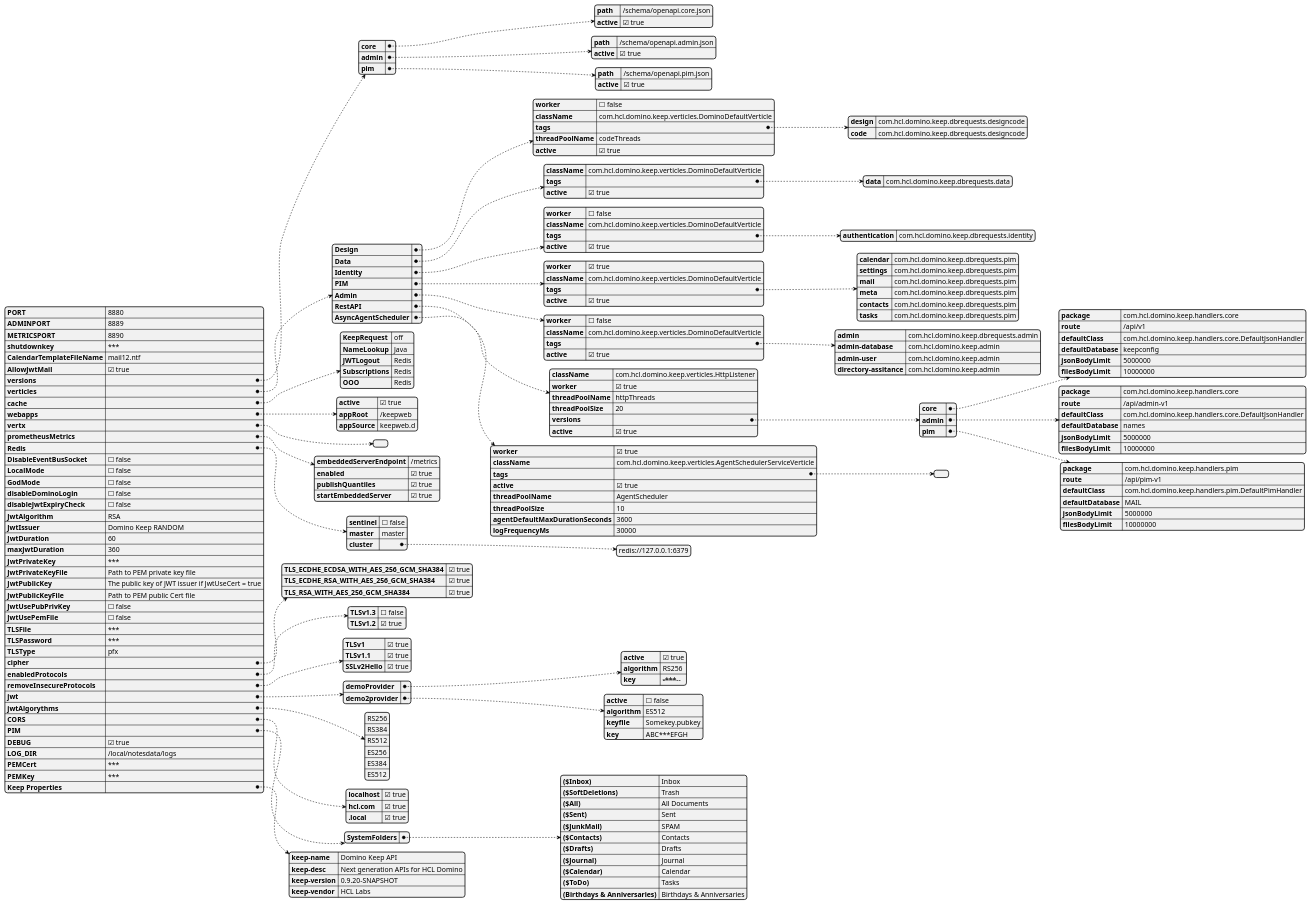
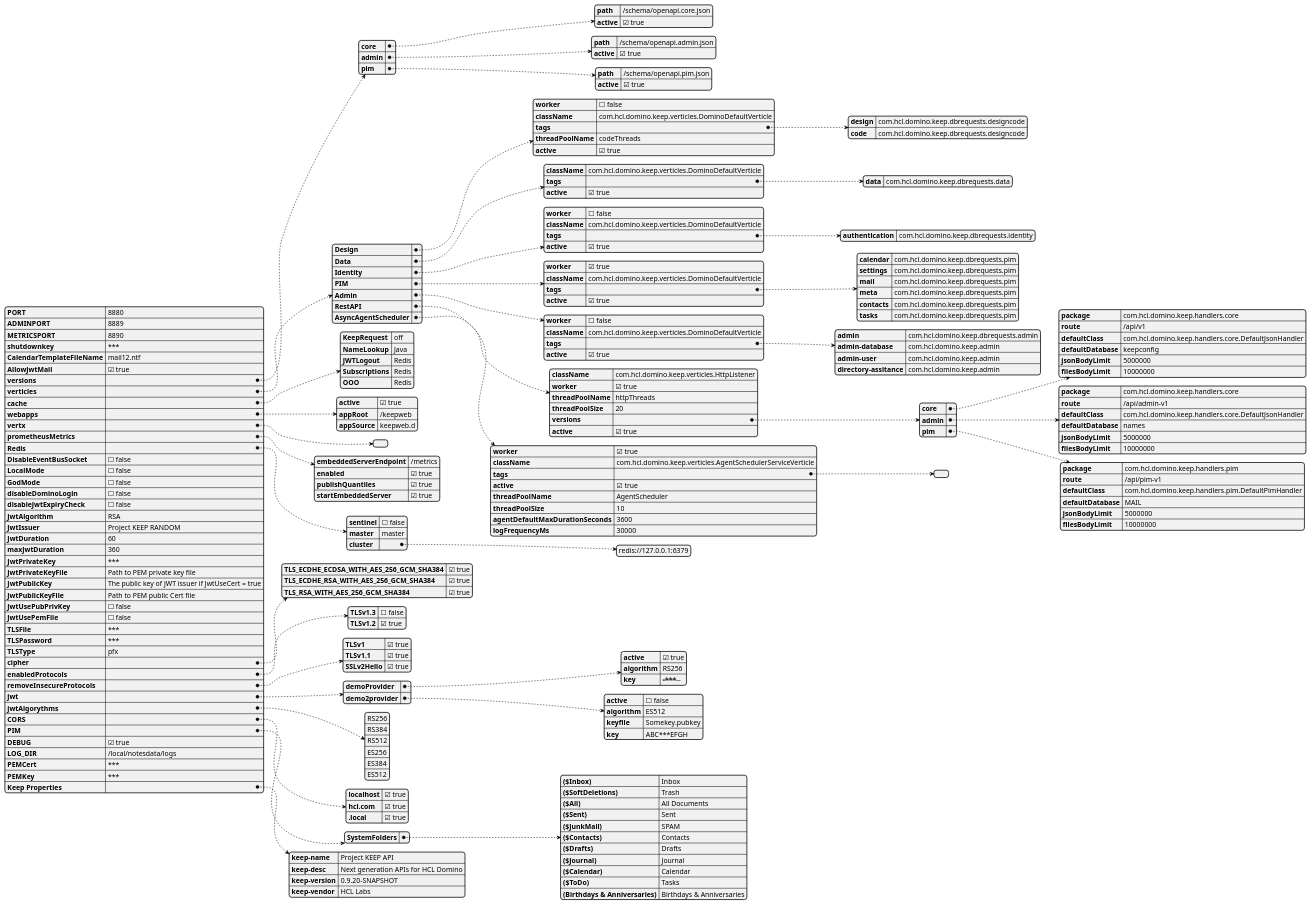
One commit to HCL-TECH-SOFTWARE/domino-keep-docs changed the diagram in docs/assets/images/plantuml/keepconfig.plantuml. Above: the diagram before and after it, drawn with PlantUML. The commit also changed 18 other files, not shown here.

Commit message:
change Domino KEEP to Project KEEP

```diff
--- a/docs/assets/images/plantuml/keepconfig.plantuml
+++ b/docs/assets/images/plantuml/keepconfig.plantuml
@@ -150,7 +150,7 @@
   "disableDominoLogin": false,
   "disableJwtExpiryCheck": false,
   "JwtAlgorithm": "RSA",
-  "JwtIssuer": "Domino Keep RANDOM",
+  "JwtIssuer": "Project KEEP RANDOM",
   "JwtDuration": 60,
   "maxJwtDuration": 360,
   "JwtPrivateKey": "***",
@@ -222,7 +222,7 @@
   "PEMCert": "***",
   "PEMKey": "***",
   "Keep Properties": {
-    "keep-name": "Domino Keep API",
+    "keep-name": "Project KEEP API",
     "keep-desc": "Next generation APIs for HCL Domino",
     "keep-version": "0.9.20-SNAPSHOT",
     "keep-vendor": "HCL Labs"
```
